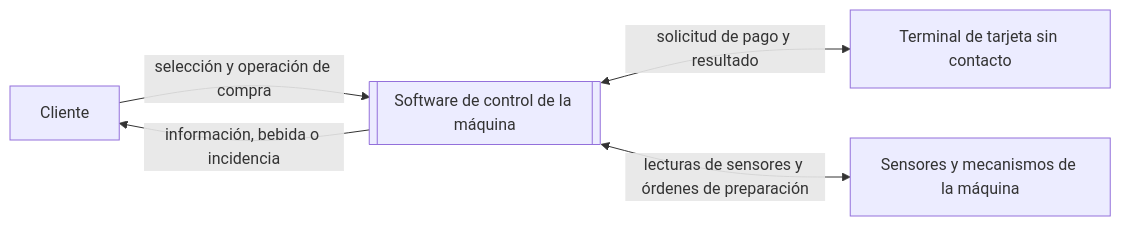
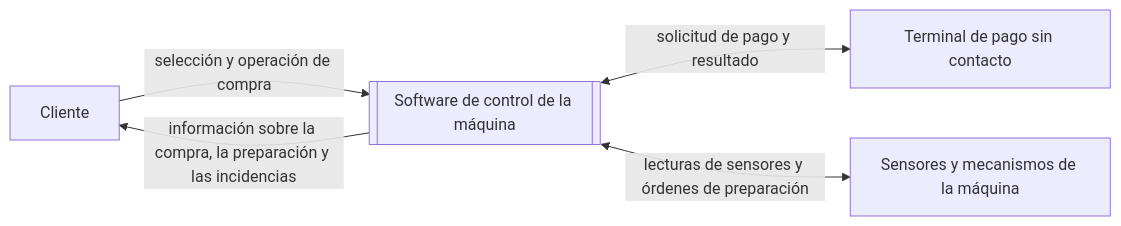
Before and after one commit to Mario-Padilla/UC3M-DCSE-P1: the diagram in docs/01-requisitos-iniciales/contexto-y-alcance.md, drawn with Mermaid. The commit also changed other lines of this file, not shown here.

````diff
--- a/docs/01-requisitos-iniciales/contexto-y-alcance.md
+++ b/docs/01-requisitos-iniciales/contexto-y-alcance.md
@@ -15,8 +15,8 @@
 ```mermaid
 flowchart LR
     C[Cliente] -->|selección y operación de compra| S
-    S -->|información, bebida o incidencia| C
-    S <-->|solicitud de pago y resultado| T[Terminal de tarjeta sin contacto]
+    S -->|información sobre la compra, la preparación y las incidencias| C
+    S <-->|solicitud de pago y resultado| T[Terminal de pago sin contacto]
     S <-->|lecturas de sensores y órdenes de preparación| H[Sensores y mecanismos de la máquina]
     S[[Software de control de la máquina]]
 ```
````
